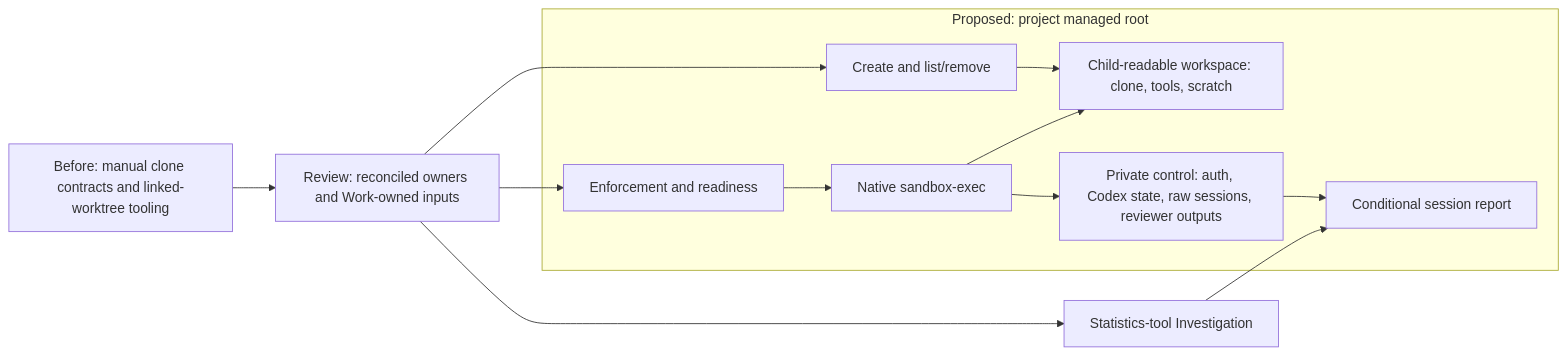
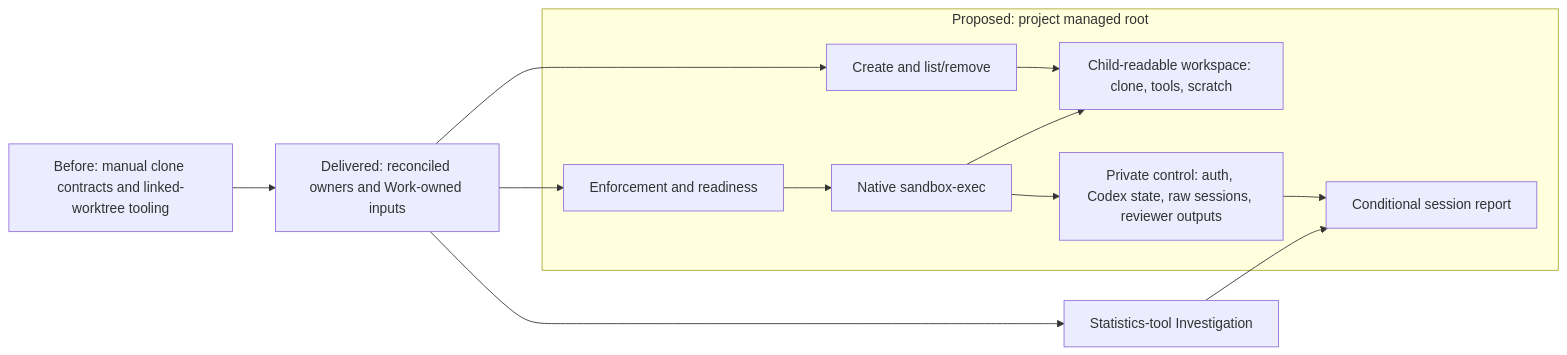
Before and after one commit to msitarz/ataraxia: the diagram in doc/feat/evaluation-sandboxes/README.md, drawn with Mermaid. The commit also changed other lines of this file and 2 other files, not shown here.

````diff
--- a/doc/feat/evaluation-sandboxes/README.md
+++ b/doc/feat/evaluation-sandboxes/README.md
@@ -23,18 +23,18 @@
 ```mermaid
 flowchart LR
     B[Before: manual clone contracts and linked-worktree tooling]
-    B --> G[Review: reconciled owners and Work-owned inputs]
+    B --> G[Delivered: reconciled owners and Work-owned inputs]
     subgraph Proposed[Proposed: project managed root]
         W[Child-readable workspace: clone, tools, scratch]
         P[Private control: auth, Codex state, raw sessions, reviewer outputs]
         C[Create and list/remove] --> W
         E[Enforcement and readiness] --> X[Native sandbox-exec]
         X --> W
         X --> P
         P --> R[Conditional session report]
     end
     G --> C
     G --> E
     G --> I[Statistics-tool Investigation]
     I --> R
 ```
````
